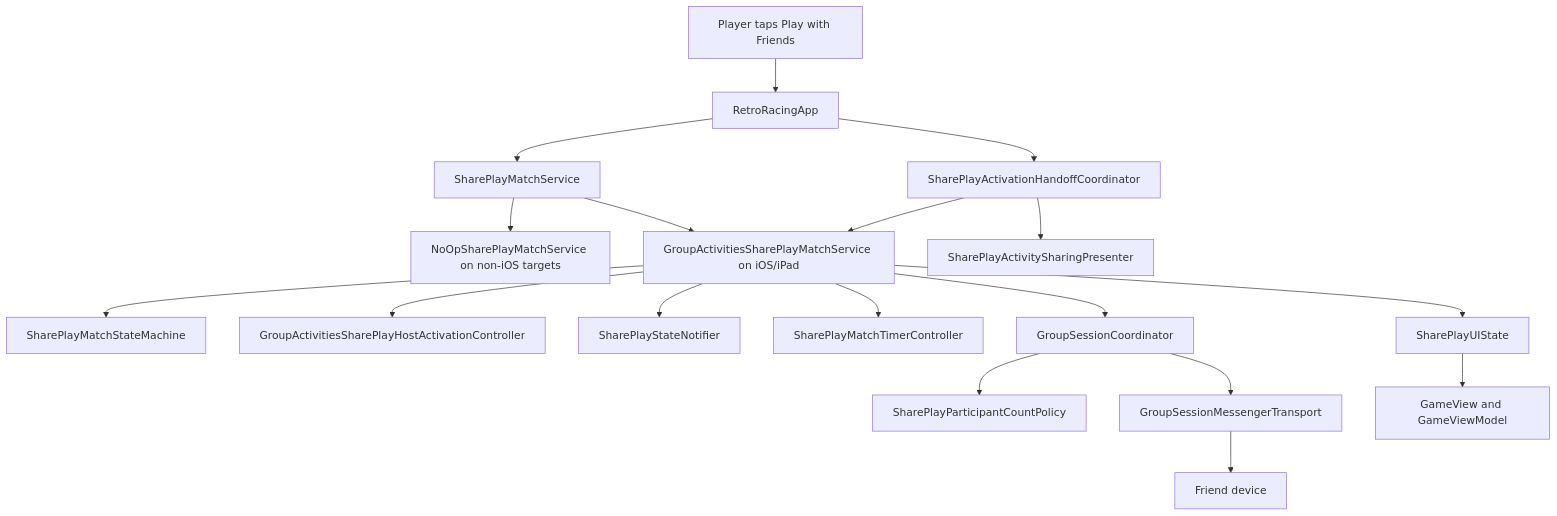
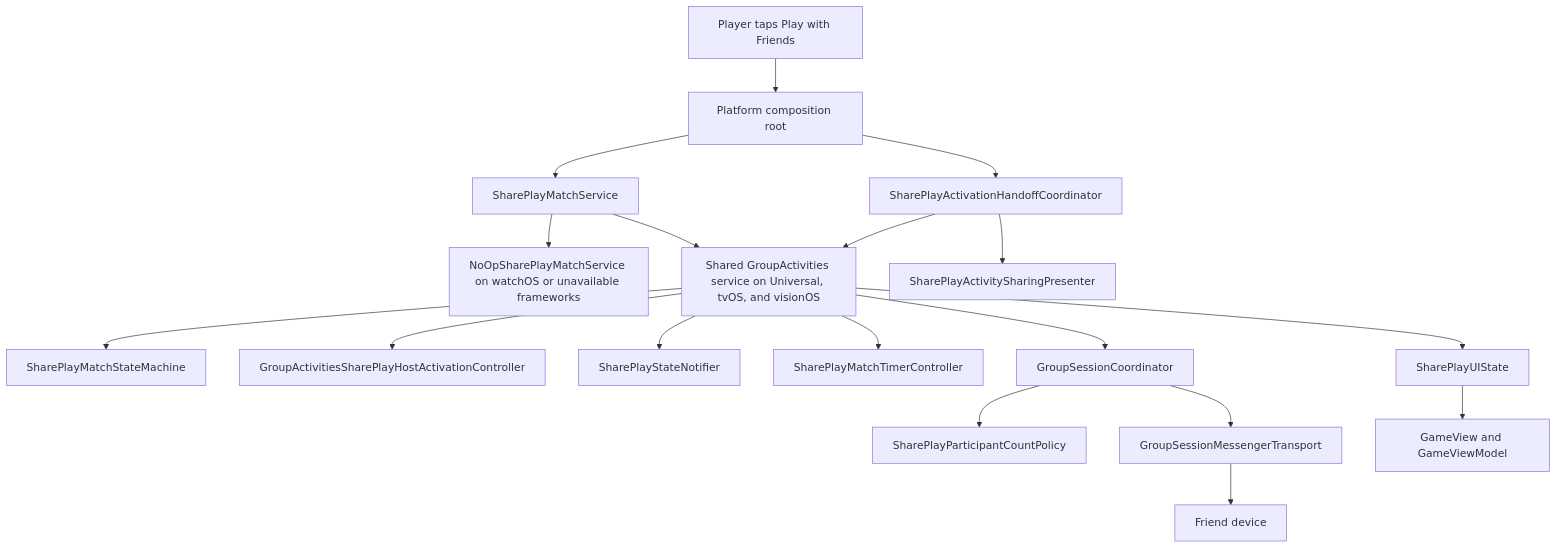
One commit to dadederk/RetroRacing changed the first of 5 diagrams in TechDocs/play-with-friends-shareplay.md. Above: the diagram before and after it, drawn with Mermaid. The commit also changed other lines of this file and 281 other files, not shown here.

Commit message:
Closing the parity gap between visionOS and the other platforms. Tweaking the table-top mode of the game. First pass at adding Share Play support.

````diff
--- a/TechDocs/play-with-friends-shareplay.md
+++ b/TechDocs/play-with-friends-shareplay.md
@@ -9,20 +9,20 @@
 ```mermaid
 flowchart TB
-    Player["Player taps Play with Friends"] --> App["RetroRacingApp"]
+    Player["Player taps Play with Friends"] --> App["Platform composition root"]
     App --> Handoff["SharePlayActivationHandoffCoordinator"]
     App --> Service["SharePlayMatchService"]
-    Service --> NoOp["NoOpSharePlayMatchService on non-iOS targets"]
-    Service --> GroupService["GroupActivitiesSharePlayMatchService on iOS/iPad"]
+    Service --> NoOp["NoOpSharePlayMatchService on watchOS or unavailable frameworks"]
+    Service --> GroupService["Shared GroupActivities service on Universal, tvOS, and visionOS"]
     Handoff --> Presenter["SharePlayActivitySharingPresenter"]
     Handoff --> GroupService
     GroupService --> StateMachine["SharePlayMatchStateMachine"]
     GroupService --> HostActivation["GroupActivitiesSharePlayHostActivationController"]
     GroupService --> Notifier["SharePlayStateNotifier"]
     GroupService --> Timers["SharePlayMatchTimerController"]
     GroupService --> Coordinator["GroupSessionCoordinator"]
     Coordinator --> CountPolicy["SharePlayParticipantCountPolicy"]
     Coordinator --> Messenger["GroupSessionMessengerTransport"]
     Messenger --> Friend["Friend device"]
     GroupService --> UIState["SharePlayUIState"]
     UIState --> Game["GameView and GameViewModel"]
 ```
````
